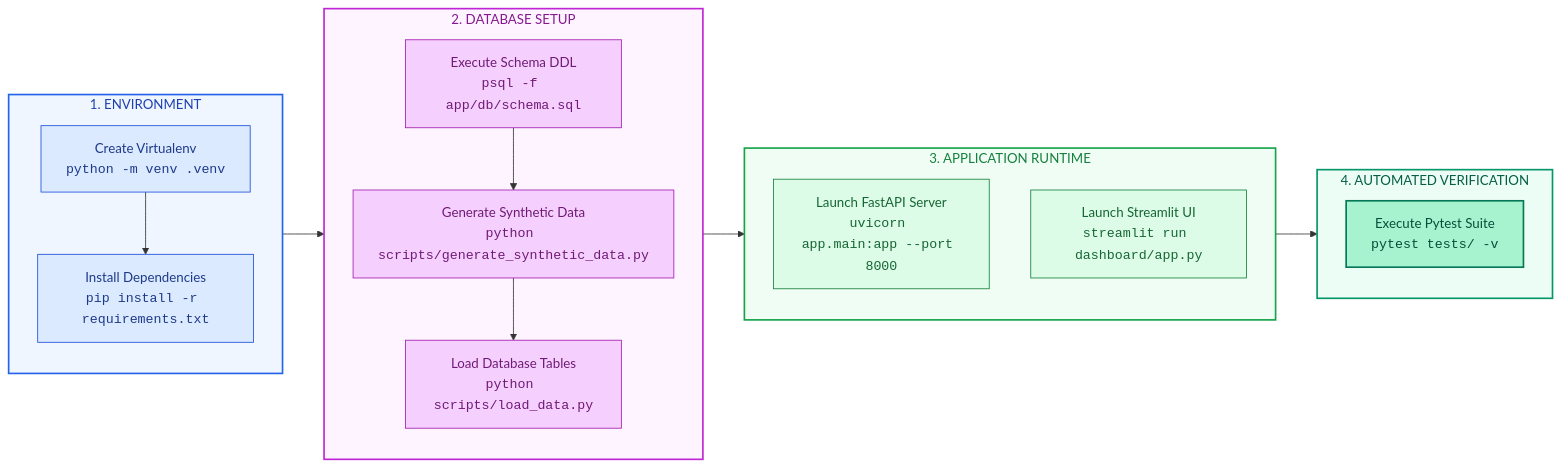
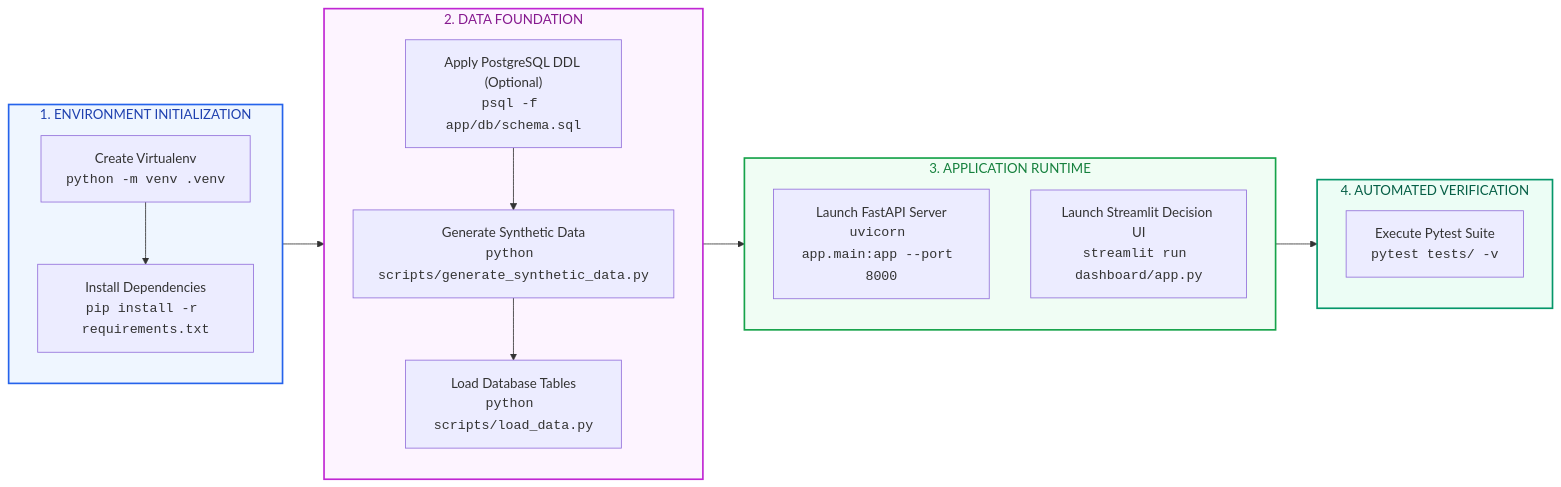
One commit to VED-VIVEK-TALMALEY/x-fin changed the first of 2 diagrams in docs/DEVELOPMENT.md. Above: the diagram before and after it, drawn with Mermaid. The commit also changed other lines of this file and 8 other files, not shown here.

````diff
--- a/docs/DEVELOPMENT.md
+++ b/docs/DEVELOPMENT.md
@@ -9,43 +9,31 @@
 ```mermaid
 flowchart LR
-    subgraph S1["1. ENVIRONMENT"]
+    subgraph S1["1. ENVIRONMENT INITIALIZATION"]
         V["Create Virtualenv<br/><code>python -m venv .venv</code>"]
         I["Install Dependencies<br/><code>pip install -r requirements.txt</code>"]
         V --> I
     end
 
-    subgraph S2["2. DATABASE SETUP"]
-        D["Execute Schema DDL<br/><code>psql -f app/db/schema.sql</code>"]
+    subgraph S2["2. DATA FOUNDATION"]
+        D["Apply PostgreSQL DDL (Optional)<br/><code>psql -f app/db/schema.sql</code>"]
         G["Generate Synthetic Data<br/><code>python scripts/generate_synthetic_data.py</code>"]
         L["Load Database Tables<br/><code>python scripts/load_data.py</code>"]
         D --> G --> L
     end
 
     subgraph S3["3. APPLICATION RUNTIME"]
         API["Launch FastAPI Server<br/><code>uvicorn app.main:app --port 8000</code>"]
-        UI["Launch Streamlit UI<br/><code>streamlit run dashboard/app.py</code>"]
+        UI["Launch Streamlit Decision UI<br/><code>streamlit run dashboard/app.py</code>"]
     end
 
     subgraph S4["4. AUTOMATED VERIFICATION"]
         T["Execute Pytest Suite<br/><code>pytest tests/ -v</code>"]
     end
 
     S1 --> S2 --> S3 --> S4
 
     style S1 fill:#EFF6FF,stroke:#2563EB,stroke-width:2px,color:#1E40AF
     style S2 fill:#FDF4FF,stroke:#C026D3,stroke-width:2px,color:#86198F
     style S3 fill:#F0FDF4,stroke:#16A34A,stroke-width:2px,color:#15803D
     style S4 fill:#ECFDF5,stroke:#059669,stroke-width:2px,color:#065F46
-
-    style V fill:#DBEAFE,stroke:#1D4ED8,stroke-width:1px,color:#1E3A8A
-    style I fill:#DBEAFE,stroke:#1D4ED8,stroke-width:1px,color:#1E3A8A
-
-    style D fill:#F5D0FE,stroke:#A21CAF,stroke-width:1px,color:#701A75
-    style G fill:#F5D0FE,stroke:#A21CAF,stroke-width:1px,color:#701A75
-    style L fill:#F5D0FE,stroke:#A21CAF,stroke-width:1px,color:#701A75
-
-    style API fill:#DCFCE7,stroke:#15803D,stroke-width:1px,color:#166534
-    style UI fill:#DCFCE7,stroke:#15803D,stroke-width:1px,color:#166534
-
-    style T fill:#A7F3D0,stroke:#047857,stroke-width:2px,color:#064E3B
 ```
````
